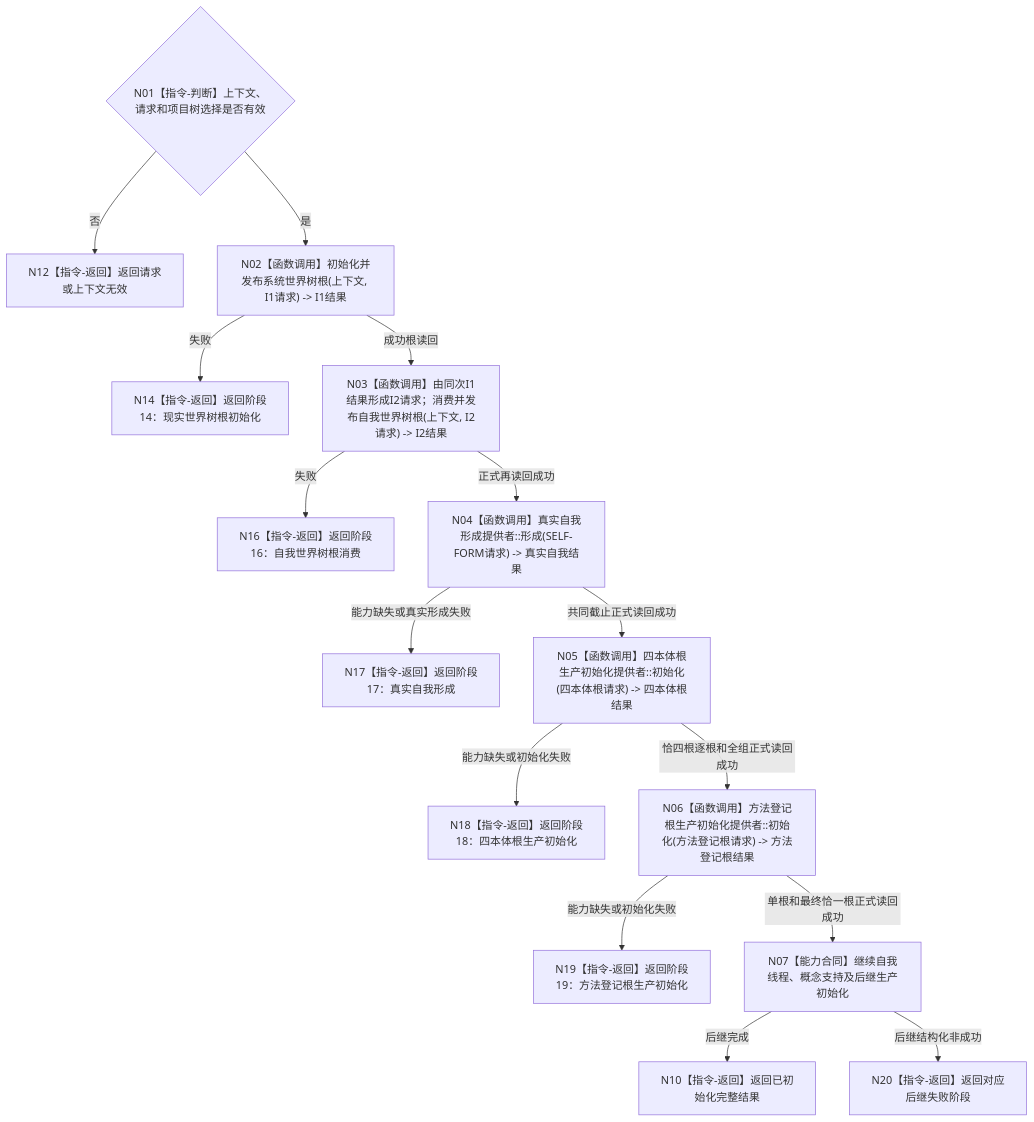
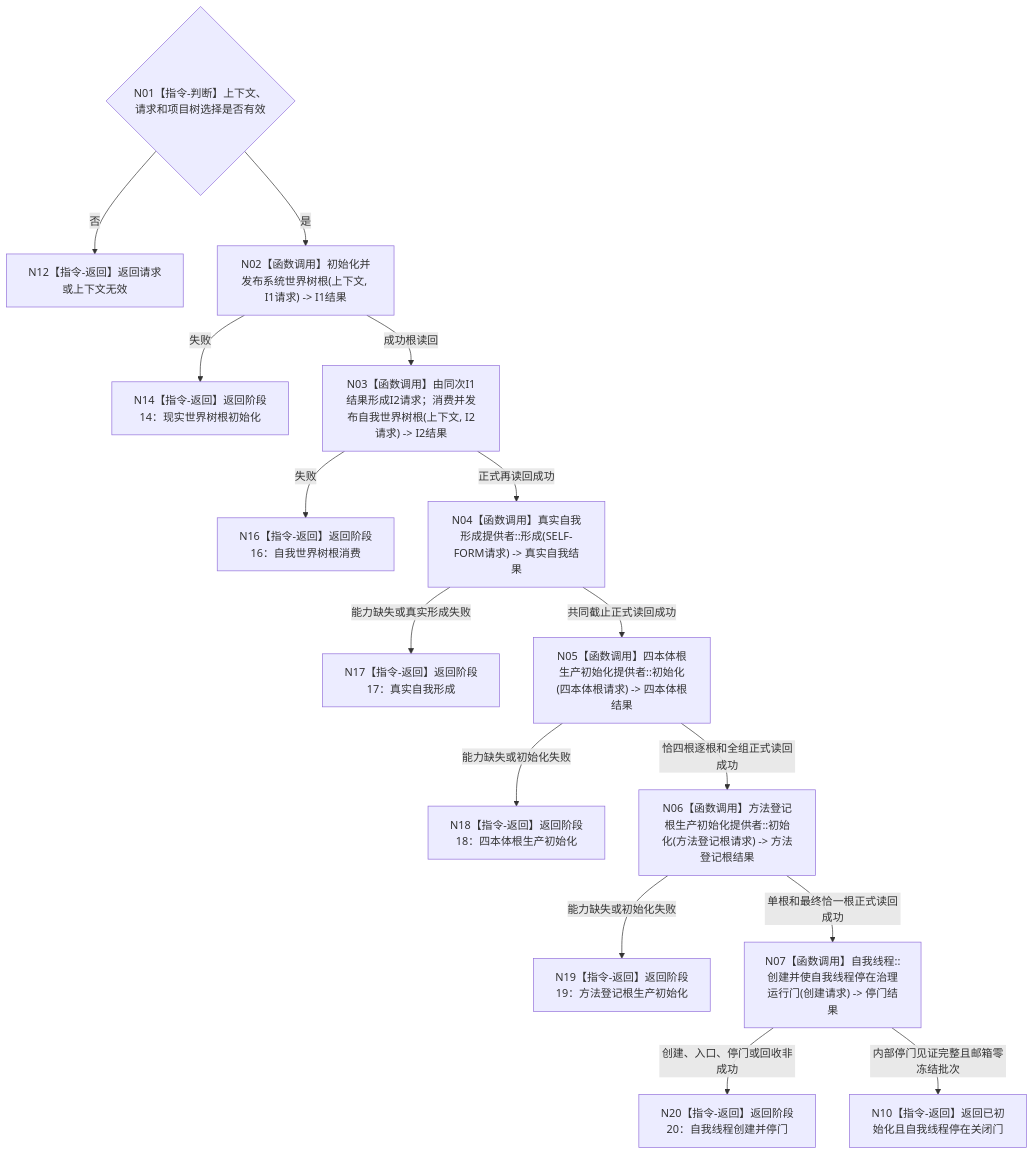
One commit to chunhaizh-cyber/HY-Ego changed the diagram in 流程图/目标业务流程图/L2/BIZ-L2-001-03_初始化普通系统_目标函数流程图_v0.1.md. Above: the diagram before and after it, drawn with Mermaid. The commit also changed other lines of this file and 16 other files, not shown here.

````diff
--- a/流程图/目标业务流程图/L2/BIZ-L2-001-03_初始化普通系统_目标函数流程图_v0.1.md
+++ b/流程图/目标业务流程图/L2/BIZ-L2-001-03_初始化普通系统_目标函数流程图_v0.1.md
@@ -29,17 +29,17 @@
 ```mermaid
 flowchart TD
     N01{"N01【指令-判断】上下文、请求和项目树选择是否有效"} -->|否| N12["N12【指令-返回】返回请求或上下文无效"]
     N01 -->|是| N02["N02【函数调用】初始化并发布系统世界树根(上下文, I1请求) -> I1结果"]
     N02 -->|失败| N14["N14【指令-返回】返回阶段14：现实世界树根初始化"]
     N02 -->|成功根读回| N03["N03【函数调用】由同次I1结果形成I2请求；消费并发布自我世界树根(上下文, I2请求) -> I2结果"]
     N03 -->|失败| N16["N16【指令-返回】返回阶段16：自我世界树根消费"]
     N03 -->|正式再读回成功| N04["N04【函数调用】真实自我形成提供者::形成(SELF-FORM请求) -> 真实自我结果"]
     N04 -->|能力缺失或真实形成失败| N17["N17【指令-返回】返回阶段17：真实自我形成"]
     N04 -->|共同截止正式读回成功| N05["N05【函数调用】四本体根生产初始化提供者::初始化(四本体根请求) -> 四本体根结果"]
     N05 -->|能力缺失或初始化失败| N18["N18【指令-返回】返回阶段18：四本体根生产初始化"]
     N05 -->|恰四根逐根和全组正式读回成功| N06["N06【函数调用】方法登记根生产初始化提供者::初始化(方法登记根请求) -> 方法登记根结果"]
     N06 -->|能力缺失或初始化失败| N19["N19【指令-返回】返回阶段19：方法登记根生产初始化"]
-    N06 -->|单根和最终恰一根正式读回成功| N07["N07【能力合同】继续自我线程、概念支持及后继生产初始化"]
-    N07 -->|后继完成| N10["N10【指令-返回】返回已初始化完整结果"]
-    N07 -->|后继结构化非成功| N20["N20【指令-返回】返回对应后继失败阶段"]
+    N06 -->|单根和最终恰一根正式读回成功| N07["N07【函数调用】自我线程::创建并使自我线程停在治理运行门(创建请求) -> 停门结果"]
+    N07 -->|创建、入口、停门或回收非成功| N20["N20【指令-返回】返回阶段20：自我线程创建并停门"]
+    N07 -->|内部停门见证完整且邮箱零冻结批次| N10["N10【指令-返回】返回已初始化且自我线程停在关闭门"]
 ```
````
